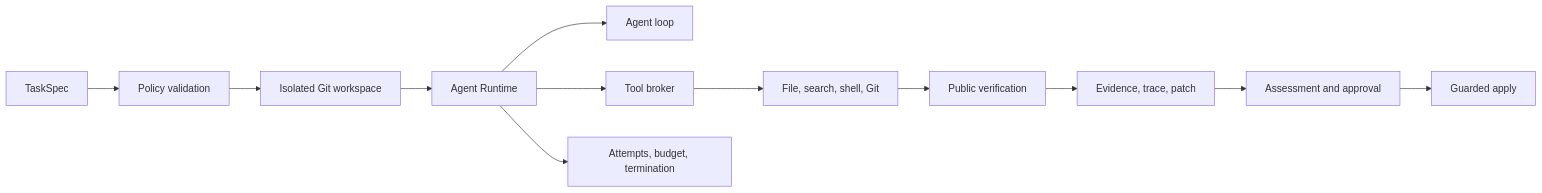
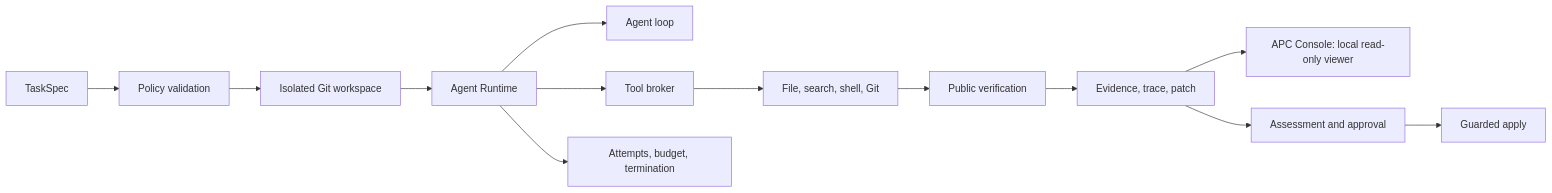
Before and after one commit to aravelo7/AgentPatchCheck: the first of 2 diagrams in README.md, drawn with Mermaid. The commit also changed other lines of this file and 4 other files, not shown here.

Commit message:
docs: add APC Console screenshots and final README

````diff
--- a/README.md
+++ b/README.md
@@ -37,14 +37,15 @@
 ```mermaid
 flowchart LR
     task[TaskSpec] --> policy[Policy validation]
     policy --> workspace[Isolated Git workspace]
     workspace --> runtime[Agent Runtime]
     runtime --> loop[Agent loop]
     runtime --> broker[Tool broker]
     runtime --> state[Attempts, budget, termination]
     broker --> tools[File, search, shell, Git]
     tools --> verify[Public verification]
     verify --> evidence[Evidence, trace, patch]
+    evidence --> console[APC Console: local read-only viewer]
     evidence --> assess[Assessment and approval]
     assess --> apply[Guarded apply]
 ```
````
